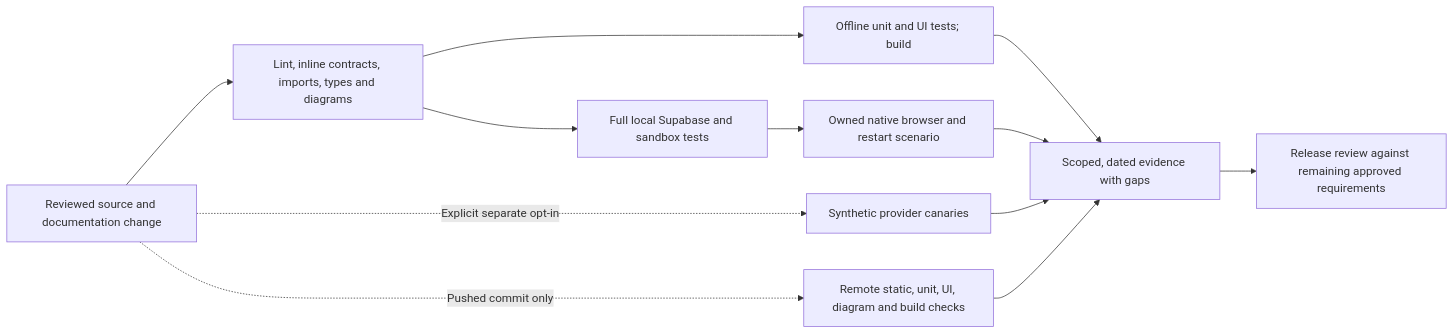
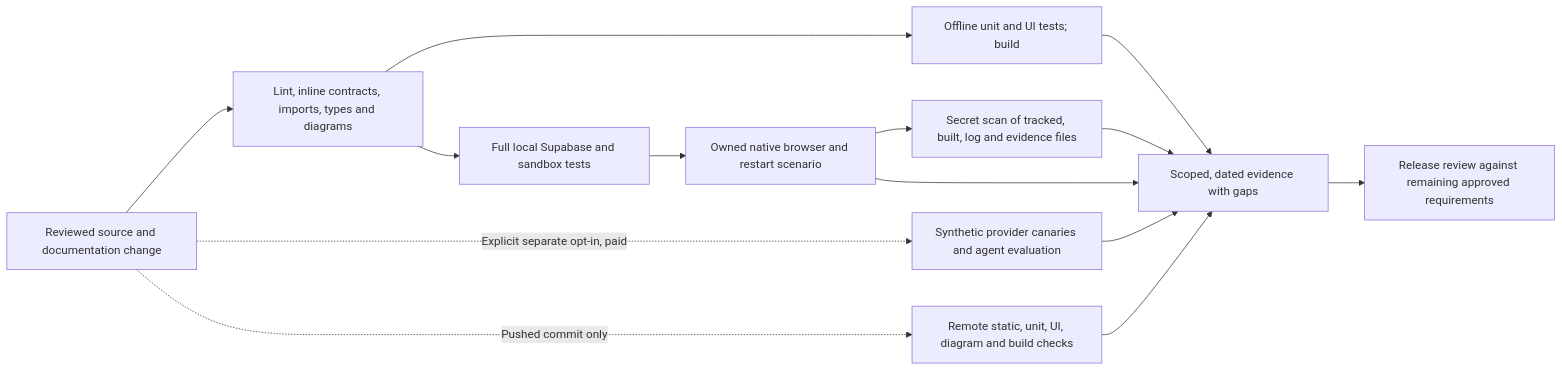
Before and after one commit to Nagdy8888/lumaquote: the diagram in docs/diagrams/verification-scope.mmd, drawn with Mermaid. The commit also changed 15 other files, not shown here.

First line of the commit message:
feat: add secret-value scanner, raise Python gate allowance, refresh verification diagram

```diff
--- a/docs/diagrams/verification-scope.mmd
+++ b/docs/diagrams/verification-scope.mmd
@@ -1,14 +1,16 @@
 flowchart LR
   accTitle: Verification boundaries and honest evidence
-  accDescr: Offline verification, full local infrastructure tests, explicitly opted-in live canaries and remote CI prove different scopes. Diagram freshness is a repeatable documentation check, not a business-release certificate.
+  accDescr: Offline verification, full local infrastructure tests, a final secret-value scan, explicitly opted-in live canaries and remote CI prove different scopes. Diagram freshness is a repeatable documentation check, not a business-release certificate.
   Change["Reviewed source and documentation change"] --> Static["Lint, inline contracts, imports, types and diagrams"]
   Static --> Offline["Offline unit and UI tests; build"]
   Static --> Full["Full local Supabase and sandbox tests"]
   Full --> Browser["Owned native browser and restart scenario"]
-  Change -. Explicit separate opt-in .-> Live["Synthetic provider canaries"]
+  Change -. Explicit separate opt-in, paid .-> Live["Synthetic provider canaries and agent evaluation"]
   Change -. Pushed commit only .-> CI["Remote static, unit, UI, diagram and build checks"]
   Offline --> Evidence["Scoped, dated evidence with gaps"]
+  Browser --> Secrets["Secret scan of tracked, built, log and evidence files"]
+  Secrets --> Evidence
   Browser --> Evidence
   Live --> Evidence
   CI --> Evidence
   Evidence --> Review["Release review against remaining approved requirements"]
```
